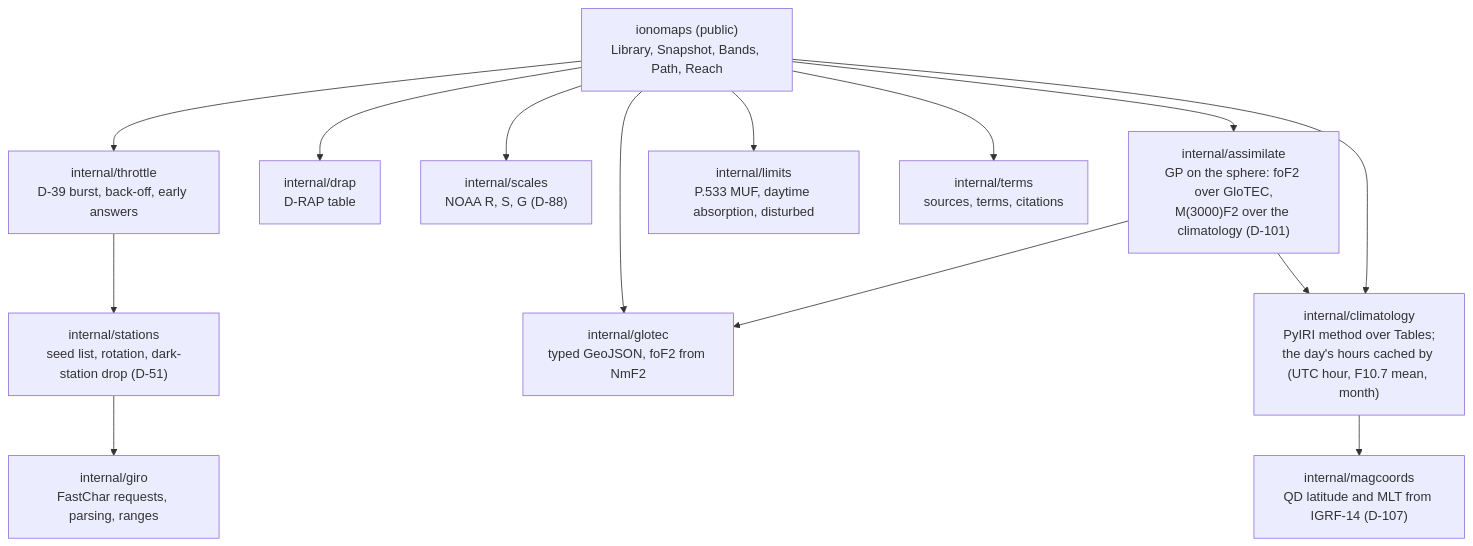
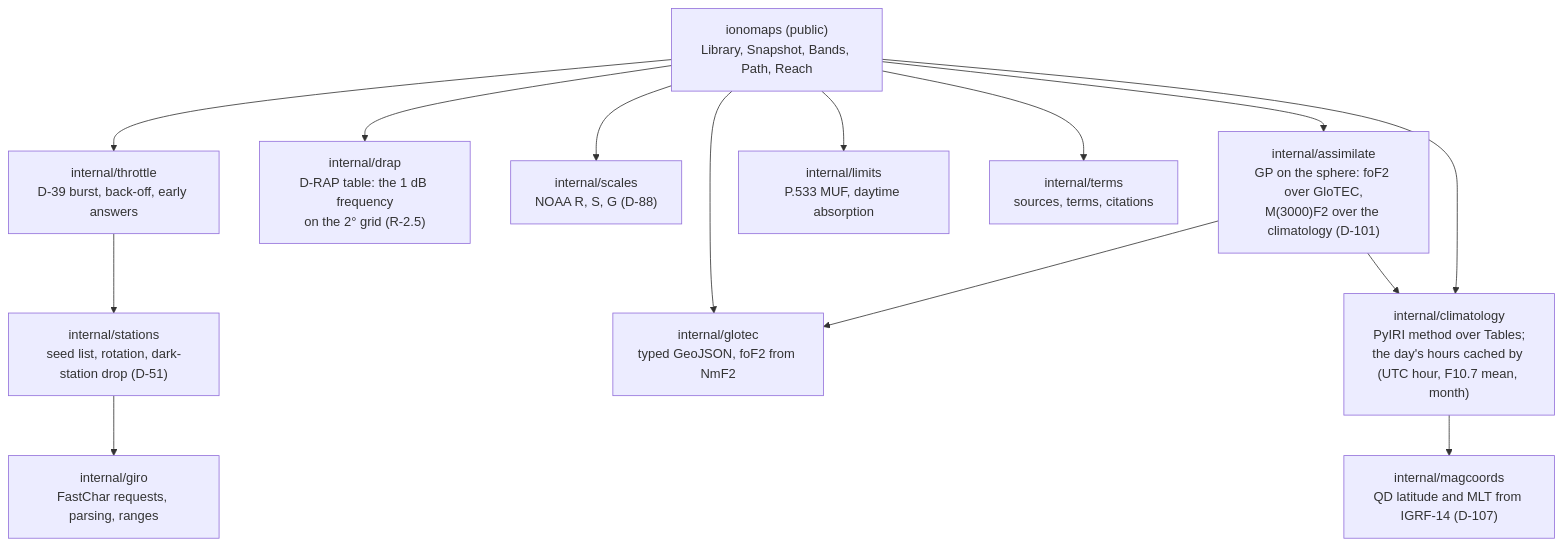
The diagram in 06_docs/02_features/go-ionomaps/03-architecture-design/design.md (branden-thompson/go-ionomaps), drawn with Mermaid before and after one commit. The commit also changed other lines of this file and 13 other files, not shown here.

First line of the commit message:
G2.3, G6.3, G6.4: D-RAP's table and the disturbed state

````diff
--- a/06_docs/02_features/go-ionomaps/03-architecture-design/design.md
+++ b/06_docs/02_features/go-ionomaps/03-architecture-design/design.md
@@ -19,26 +19,26 @@
 ```mermaid
 flowchart TB
   API["ionomaps (public)<br/>Library, Snapshot, Bands, Path, Reach"]
   THR["internal/throttle<br/>D-39 burst, back-off, early answers"]
   ST["internal/stations<br/>seed list, rotation, dark-station drop (D-51)"]
   GIRO["internal/giro<br/>FastChar requests, parsing, ranges"]
   GT["internal/glotec<br/>typed GeoJSON, foF2 from NmF2"]
-  DR["internal/drap<br/>D-RAP table"]
+  DR["internal/drap<br/>D-RAP table: the 1 dB frequency<br/>on the 2° grid (R-2.5)"]
   SC["internal/scales<br/>NOAA R, S, G (D-88)"]
   CL["internal/climatology<br/>PyIRI method over Tables;<br/>the day's hours cached by (UTC hour, F10.7 mean, month)"]
   MC["internal/magcoords<br/>QD latitude and MLT from IGRF-14 (D-107)"]
   AS["internal/assimilate<br/>GP on the sphere: foF2 over GloTEC,<br/>M(3000)F2 over the climatology (D-101)"]
-  LIM["internal/limits<br/>P.533 MUF, daytime absorption, disturbed"]
+  LIM["internal/limits<br/>P.533 MUF, daytime absorption"]
   TM["internal/terms<br/>sources, terms, citations"]
   API --> THR --> ST --> GIRO
   API --> GT
   API --> DR
   API --> SC
   API --> AS
   AS --> GT
   AS --> CL
   API --> LIM
   API --> CL
   CL --> MC
   API --> TM
 ```
````
